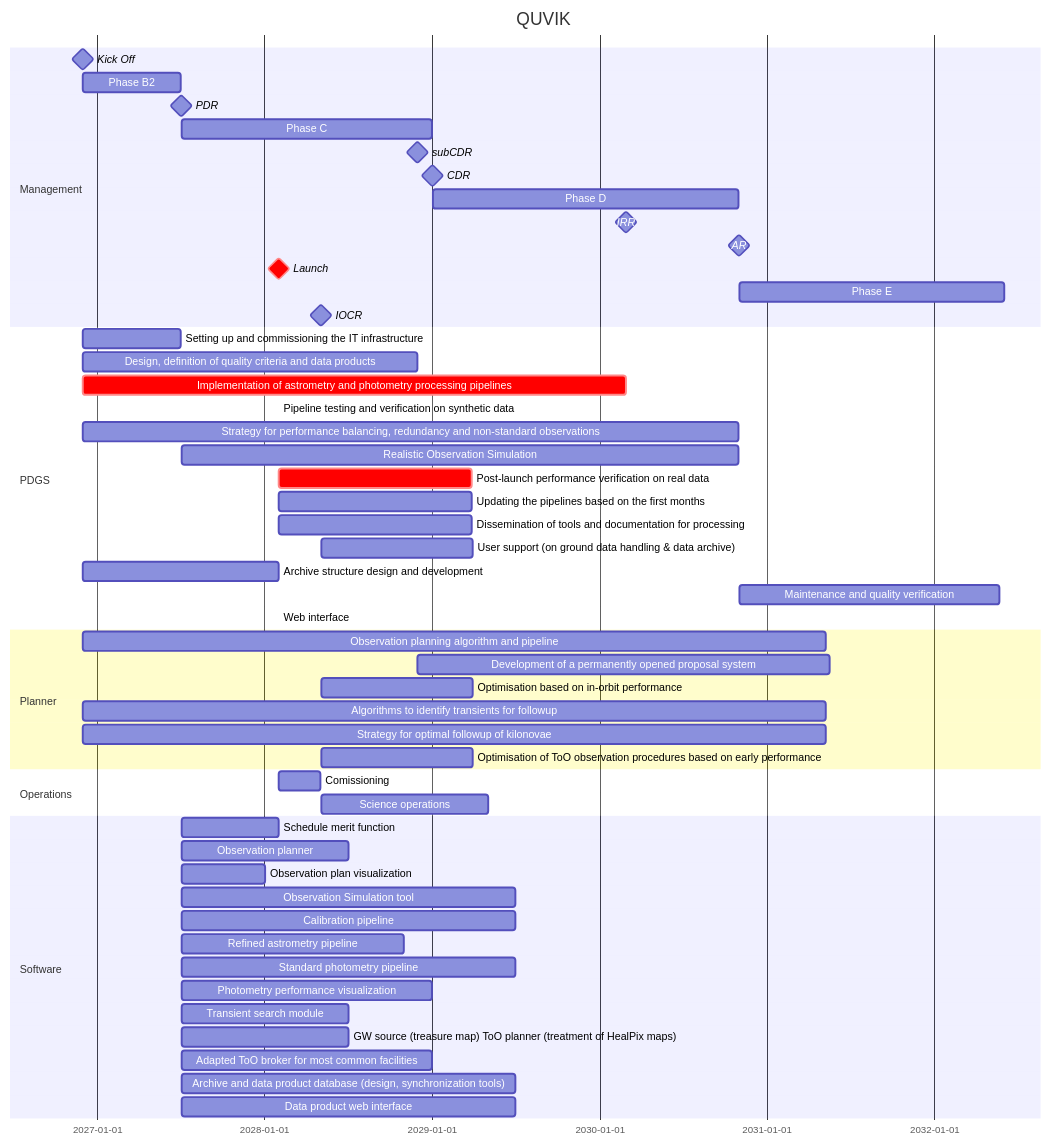
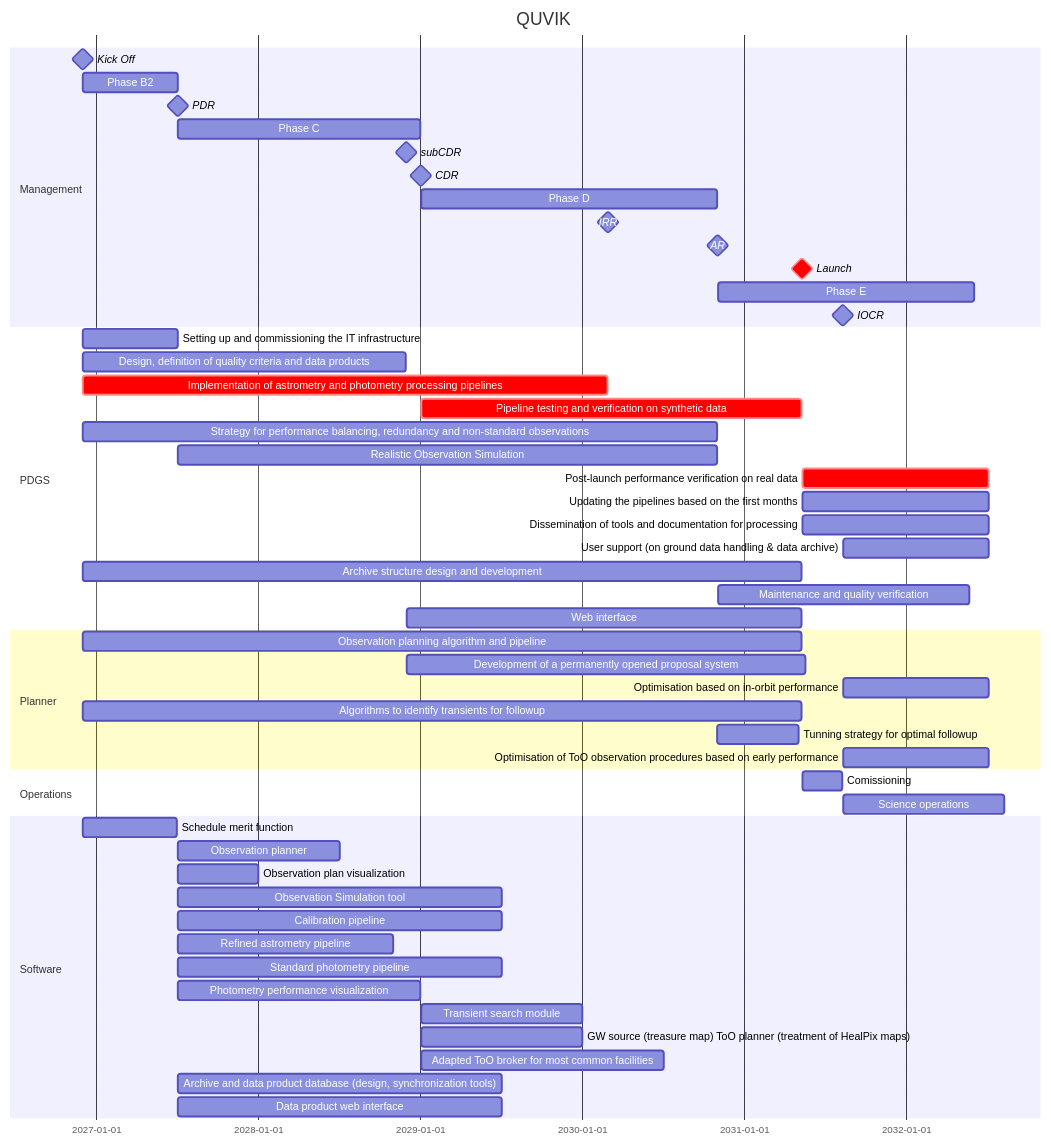
One commit to limu007/quvik changed the diagram in calib/SOC.md. Above: the diagram before and after it, drawn with Mermaid.

````diff
--- a/calib/SOC.md
+++ b/calib/SOC.md
@@ -1,61 +1,61 @@
 ```mermaid
 gantt
     title QUVIK
     dateFormat  YYYY-MM-DD
     section Management
     Kick Off : milestone, m1, 2026-12-01, 1d
     Phase B2 : b2, after m1, 213d
     PDR : milestone, pdr, after b2, 1d
     Phase C : c1, after pdr, 547d
     subCDR :  milestone, sc1, after des, 1d
     CDR : milestone, cdr, after c1, 1d
     Phase D : d1, after cdr, 668d
     IRR : milestone, irr, after imp, 1d
     AR : milestone, ar, after d1, 1d
-    Launch : crit, milestone, frr, after dcal, 1d
+    Launch : crit, milestone, frr, after fol, 1d
     Phase E : e1, after ar, 578d
     IOCR : milestone, iocr, after e2, 1d
 
 
     section PDGS
     Setting up and commissioning the IT infrastructure : after m1, until pdr
     Design, definition of quality criteria and data products : 	des, after m1	, 104w
     Implementation of astrometry and photometry processing pipelines :crit, imp, after m1 , 169w
     Pipeline testing and verification on synthetic data :crit,  pp, after cdr, until frr
     Strategy for performance balancing, redundancy and non-standard observations :  after m1 , until ar
     Realistic Observation Simulation :  after pdr , until ar
     Post-launch performance verification on real data :crit,   after frr , 420d
     Updating the pipelines based on the first months :  after frr , 420d
     Dissemination of tools and documentation for processing :  after frr , 420d
      User support (on ground data handling & data archive) :  after iocr , 330d
      Archive structure design and development :  after m1 , until frr
      Maintenance and quality verification :  after ar , 81w
      Web interface :  after sc1 , until frr
 
     section Planner
     Observation planning algorithm and pipeline :  after m1 , 1620d
     Development of a permanently opened proposal system : after sc1 , 900d
     Optimisation based on in-orbit performance :  after iocr , 330d
-    Algorithms to identify transients for followup :  after m1 , 1620d
-    Strategy for optimal followup of kilonovae :  after m1 , 1620d
+    Algorithms to identify transients for followup : fol, after m1 , 1620d
+    Tunning strategy for optimal followup  :  after d1 , 183d
     Optimisation of ToO observation procedures based on early performance :  after iocr , 330d
 
     section Operations
     Comissioning : e2, after frr, 13w
     Science operations : e3, after iocr, 52w
 
     section Software
-Schedule merit function: SD-2, after pdr, 212d
-Observation planner: SD-2, after pdr, 364d
-Observation plan visualization: SD-3, after pdr, 182d
-Observation Simulation tool: SD-4, after pdr, 729d
-Calibration pipeline: SD-5, after pdr, 729d
-Refined astrometry pipeline: SD-6, after pdr, 486d
-Standard photometry pipeline: SD-7, after pdr, 729d
-Photometry performance visualization: SD-8, after pdr, 547d
-Transient search module: SD-9, after pdr, 364d
-GW source (treasure map) ToO planner (treatment of HealPix maps): SD-10, after pdr, 364d
-Adapted ToO broker for most common facilities: SD-11, after pdr, 547d
-Archive and data product database (design, synchronization tools): SD-12, after pdr, 729d
-Data product web interface: SD-13, after pdr, 729d
+        Schedule merit function: SD-2, after m1, 212d
+        Observation planner: SD-2, after pdr, 364d
+        Observation plan visualization: SD-3, after pdr, 182d
+        Observation Simulation tool: SD-4, after pdr, 729d
+        Calibration pipeline: SD-5, after pdr, 729d
+        Refined astrometry pipeline: SD-6, after pdr, 486d
+        Standard photometry pipeline: SD-7, after pdr, 729d
+        Photometry performance visualization: SD-8, after pdr, 547d
+        Transient search module: SD-9, after cdr, 364d
+        GW source (treasure map) ToO planner (treatment of HealPix maps): SD-10, after cdr, 364d
+        Adapted ToO broker for most common facilities: SD-11, after cdr, 547d
+        Archive and data product database (design, synchronization tools): SD-12, after pdr, 729d
+        Data product web interface: SD-13, after pdr, 729d
 ```
````
